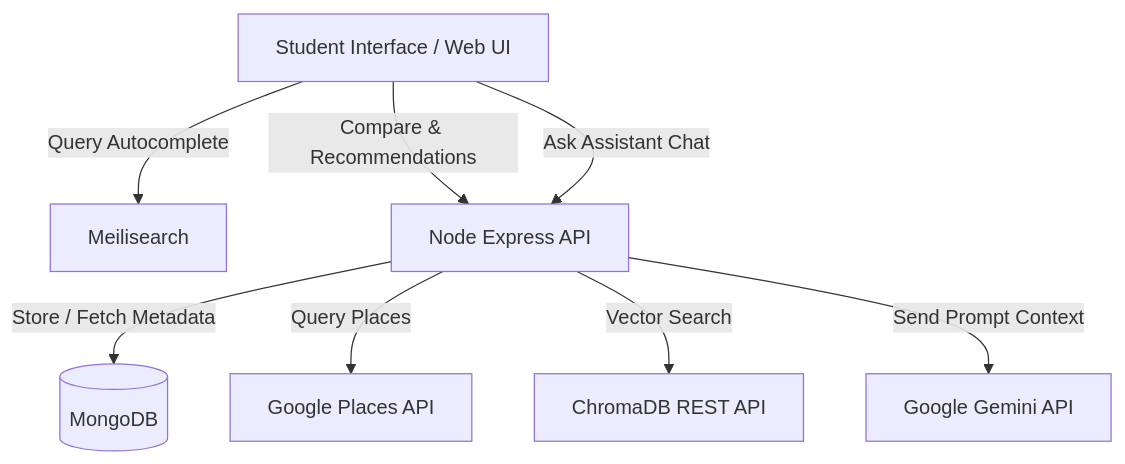
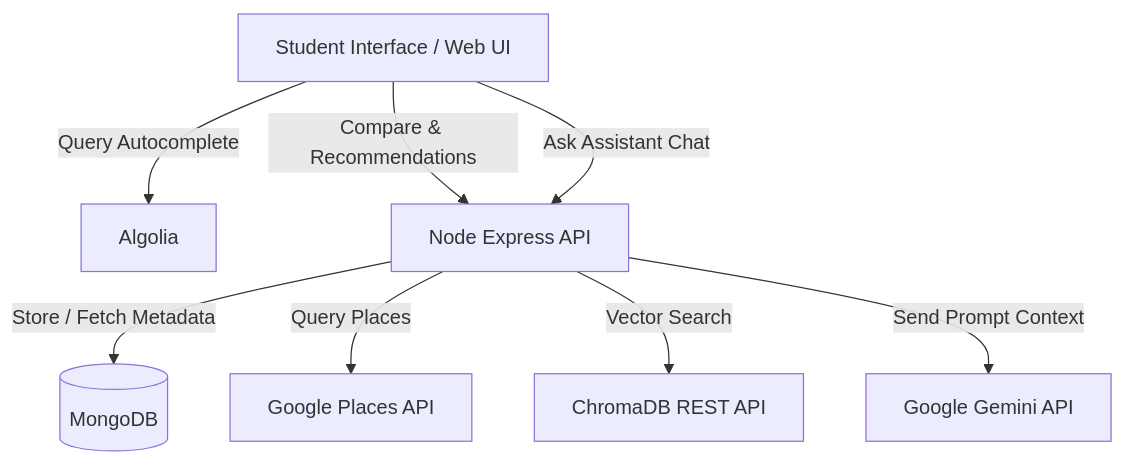
Before and after one commit to ShauryaSambyal/UniSphere: the diagram in README.md, drawn with Mermaid. The commit also changed other lines of this file and 33 other files, not shown here.

````diff
--- a/README.md
+++ b/README.md
@@ -9,10 +9,10 @@
 ```mermaid
 graph TD
-    User[Student Interface / Web UI] -->|Query Autocomplete| MS[Meilisearch]
+    User[Student Interface / Web UI] -->|Query Autocomplete| MS[Algolia]
     User -->|Compare & Recommendations| BE[Node Express API]
     User -->|Ask Assistant Chat| BE
     BE -->|Store / Fetch Metadata| DB[(MongoDB)]
     BE -->|Query Places| GM[Google Places API]
     BE -->|Vector Search| CV[ChromaDB REST API]
     BE -->|Send Prompt Context| Gemini[Google Gemini API]
 ```
````
